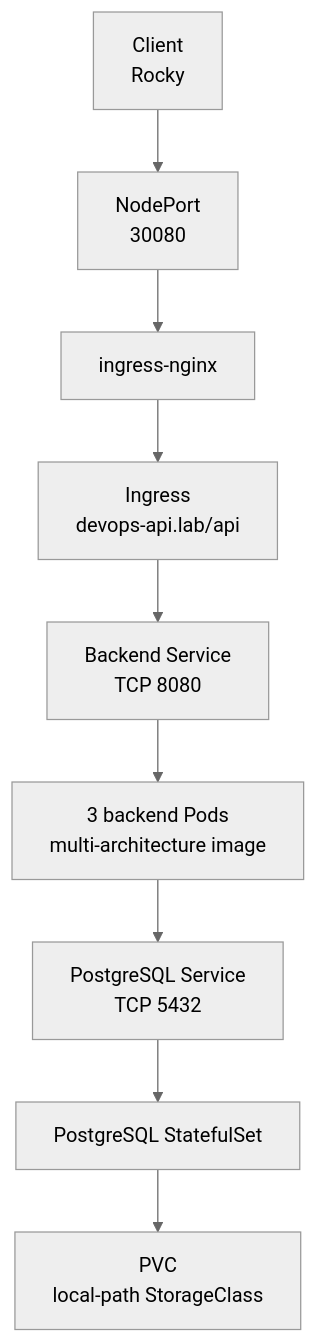
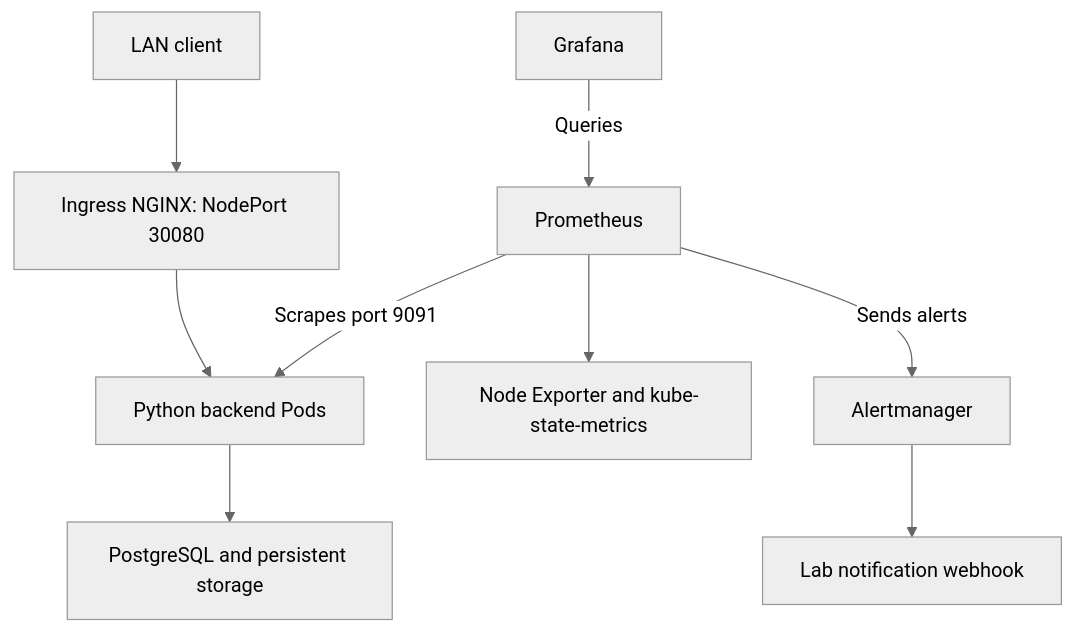
The diagram in kubernetes/devops-api-stack/README.md (limonne/devops-api-stack), drawn with Mermaid (neutral theme) before and after one commit. The commit also changed other lines of this file and 19 other files, not shown here.

````diff
--- a/kubernetes/devops-api-stack/README.md
+++ b/kubernetes/devops-api-stack/README.md
@@ -12,11 +17,11 @@
 ```mermaid
 flowchart TD
-    Client["Client<br/>Rocky"] --> NodePort["NodePort<br/>30080"]
-    NodePort --> Controller["ingress-nginx"]
-    Controller --> Ingress["Ingress<br/>devops-api.lab/api"]
-    Ingress --> BackendService["Backend Service<br/>TCP 8080"]
-    BackendService --> BackendPods["3 backend Pods<br/>multi-architecture image"]
-    BackendPods --> PostgresService["PostgreSQL Service<br/>TCP 5432"]
-    PostgresService --> Postgres["PostgreSQL StatefulSet"]
-    Postgres --> Storage["PVC<br/>local-path StorageClass"]
+    Client["LAN client"] --> Ingress["Ingress NGINX: NodePort 30080"]
+    Ingress --> Backend["Python backend Pods"]
+    Backend --> PostgreSQL["PostgreSQL and persistent storage"]
+    Prometheus["Prometheus"] -->|Scrapes port 9091| Backend
+    Prometheus --> Exporters["Node Exporter and kube-state-metrics"]
+    Grafana["Grafana"] -->|Queries| Prometheus
+    Prometheus -->|Sends alerts| Alertmanager["Alertmanager"]
+    Alertmanager --> Webhook["Lab notification webhook"]
 ```
````
